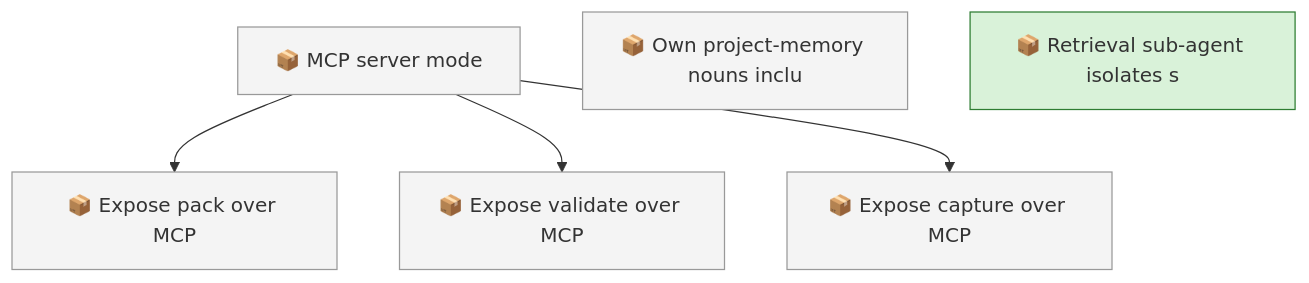
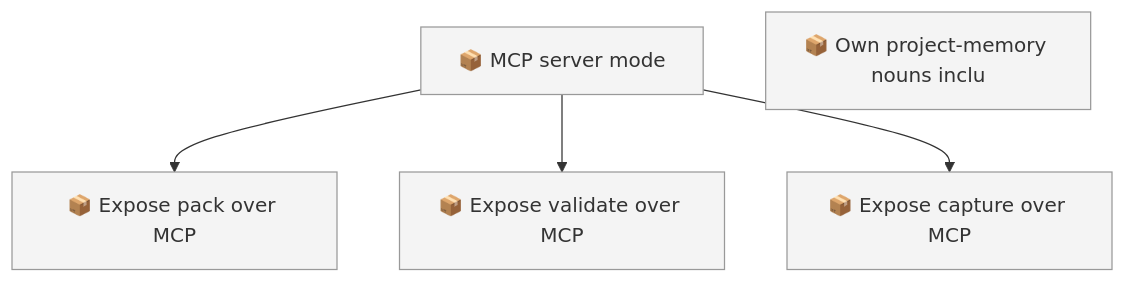
Before and after one commit to SpillwaveSolutions/project-knowledge-capture: the first of 2 diagrams in docs/roadmap.md, drawn with Mermaid. The commit also changed other lines of this file and 2 other files, not shown here.

First line of the commit message:
test: match retriever contract wording 01M2B9WVA9NSC7WFRR9WYB0X2V

````diff
--- a/docs/roadmap.md
+++ b/docs/roadmap.md
@@ -68,16 +58,13 @@
 ```mermaid
 graph TD
     01KZ75NQCMYGFYRCVJATEBVBRB["📦 MCP server mode"]
     01KZ75R3EXEG4GVGRP2S9CCKZ4["📦 Expose pack over MCP"]
     01KZ75R3M6BYQ643NKDCCSEEZC["📦 Expose validate over MCP"]
     01KZ75R3S2X1G4PCTGMMSR8BWA["📦 Expose capture over MCP"]
     01M0SZFFPWEVN9YX9D9RYZ1ZC1["📦 Own project-memory nouns inclu"]
-    01M2B9WVA9NSC7WFRR9WYB0X2V["📦 Retrieval sub-agent isolates s"]
     01KZ75NQCMYGFYRCVJATEBVBRB --> 01KZ75R3EXEG4GVGRP2S9CCKZ4
     01KZ75NQCMYGFYRCVJATEBVBRB --> 01KZ75R3M6BYQ643NKDCCSEEZC
     01KZ75NQCMYGFYRCVJATEBVBRB --> 01KZ75R3S2X1G4PCTGMMSR8BWA
     classDef todo fill:#f4f4f4,stroke:#999999
     class 01KZ75NQCMYGFYRCVJATEBVBRB,01KZ75R3EXEG4GVGRP2S9CCKZ4,01KZ75R3M6BYQ643NKDCCSEEZC,01KZ75R3S2X1G4PCTGMMSR8BWA,01M0SZFFPWEVN9YX9D9RYZ1ZC1 todo
-    classDef in_progress fill:#d9f2d9,stroke:#2e7d32
-    class 01M2B9WVA9NSC7WFRR9WYB0X2V in_progress
 ```
````
